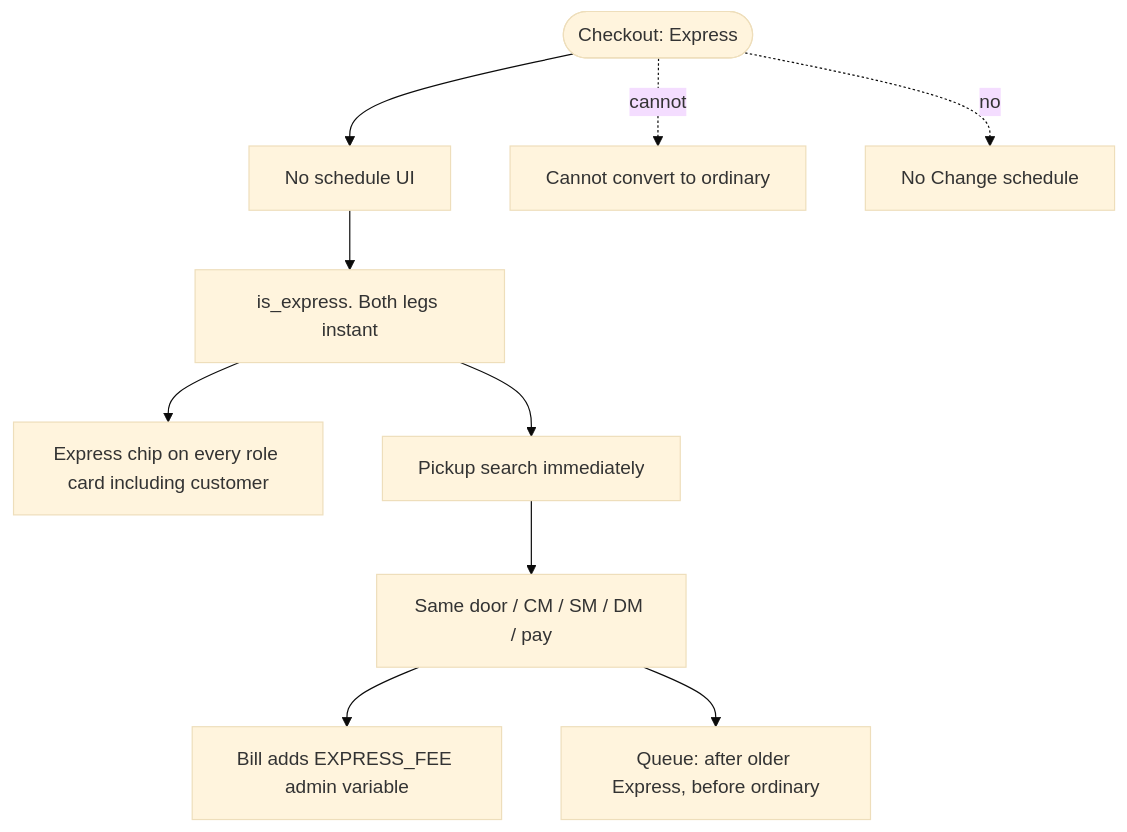
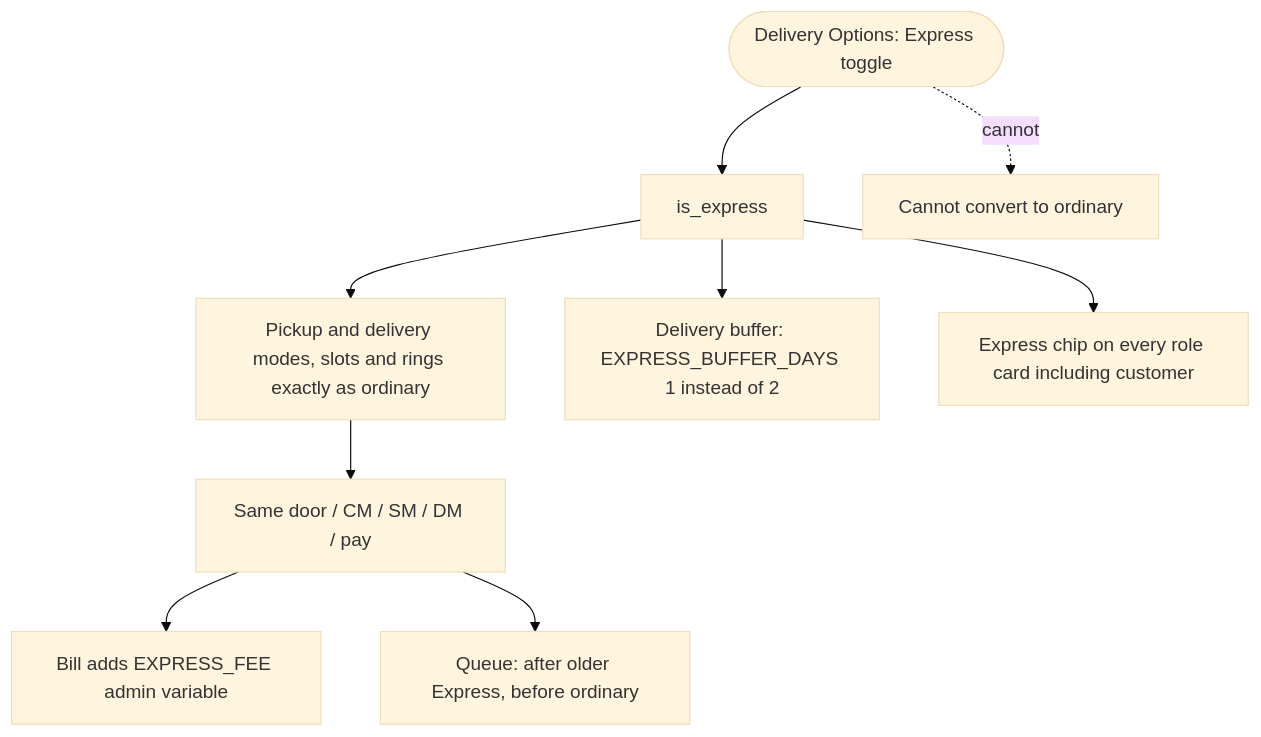
One commit to mohitUnico/laundry changed the tenth of 11 diagrams in docs/order-flow-v2/diagrams/00-overview-pack.md. Above: the diagram before and after it, drawn with Mermaid (base theme). The commit also changed other lines of this file and 46 other files, not shown here.

First line of the commit message:
feat(orders): align list and details UX with order-flow v2 cards and bill states

````diff
--- a/docs/order-flow-v2/diagrams/00-overview-pack.md
+++ b/docs/order-flow-v2/diagrams/00-overview-pack.md
@@ -287,12 +295,11 @@
 ```mermaid
 flowchart TB
-  pick([Checkout: Express]) --> noSked[No schedule UI]
-  noSked --> flags[is_express. Both legs instant]
+  pick([Delivery Options: Express toggle]) --> flags[is_express]
+  flags --> sched[Pickup and delivery modes, slots and rings exactly as ordinary]
+  flags --> buf[Delivery buffer: EXPRESS_BUFFER_DAYS 1 instead of 2]
   flags --> chip[Express chip on every role card including customer]
-  flags --> pNow[Pickup search immediately]
-  pNow --> same[Same door / CM / SM / DM / pay]
+  sched --> same[Same door / CM / SM / DM / pay]
   same --> fee[Bill adds EXPRESS_FEE admin variable]
   same --> q[Queue: after older Express, before ordinary]
   pick -.->|cannot| normal[Cannot convert to ordinary]
-  pick -.->|no| chg[No Change schedule]
 ```
````
